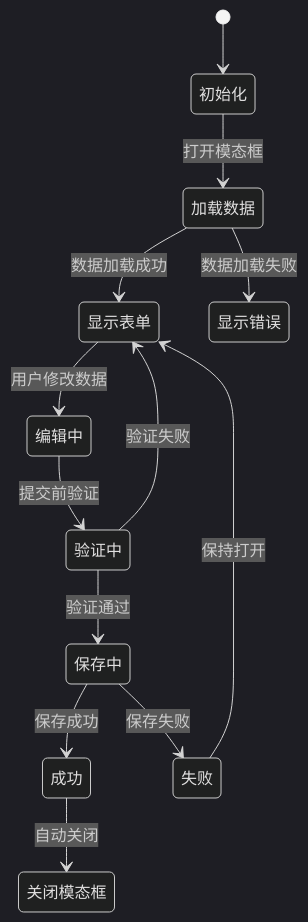
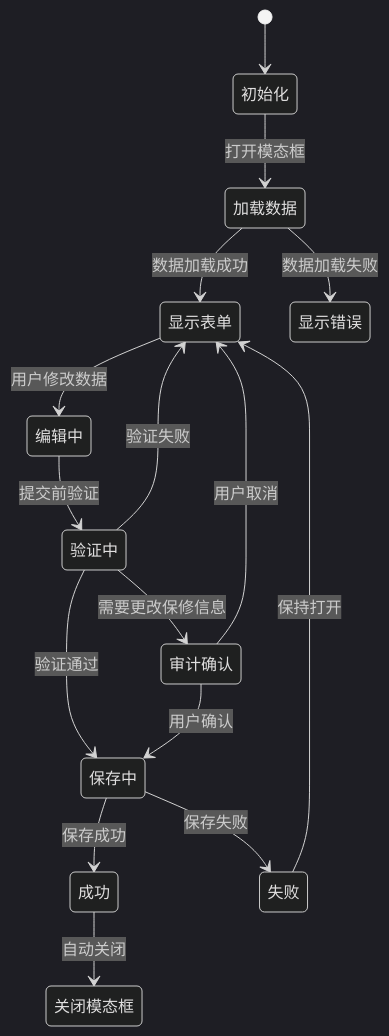
Before and after one commit to CubeEdge/Longhorn: the sixth of 19 diagrams in .qoder/repowiki/zh/content/前端组件架构/产品详情页面组件/产品编辑模态框.md, drawn with Mermaid (dark theme). The commit also changed other lines of this file and 118 other files, not shown here.

````diff
--- a/.qoder/repowiki/zh/content/前端组件架构/产品详情页面组件/产品编辑模态框.md
+++ b/.qoder/repowiki/zh/content/前端组件架构/产品详情页面组件/产品编辑模态框.md
@@ -304,15 +331,18 @@
 ```mermaid
 stateDiagram-v2
 [*] --> 初始化
 初始化 --> 加载数据 : 打开模态框
 加载数据 --> 显示表单 : 数据加载成功
 加载数据 --> 显示错误 : 数据加载失败
 显示表单 --> 编辑中 : 用户修改数据
 编辑中 --> 验证中 : 提交前验证
+验证中 --> 审计确认 : 需要更改保修信息
 验证中 --> 保存中 : 验证通过
+审计确认 --> 保存中 : 用户确认
+审计确认 --> 显示表单 : 用户取消
 验证中 --> 显示表单 : 验证失败
 保存中 --> 成功 : 保存成功
 保存中 --> 失败 : 保存失败
 成功 --> 关闭模态框 : 自动关闭
 失败 --> 显示表单 : 保持打开
 ```
````
